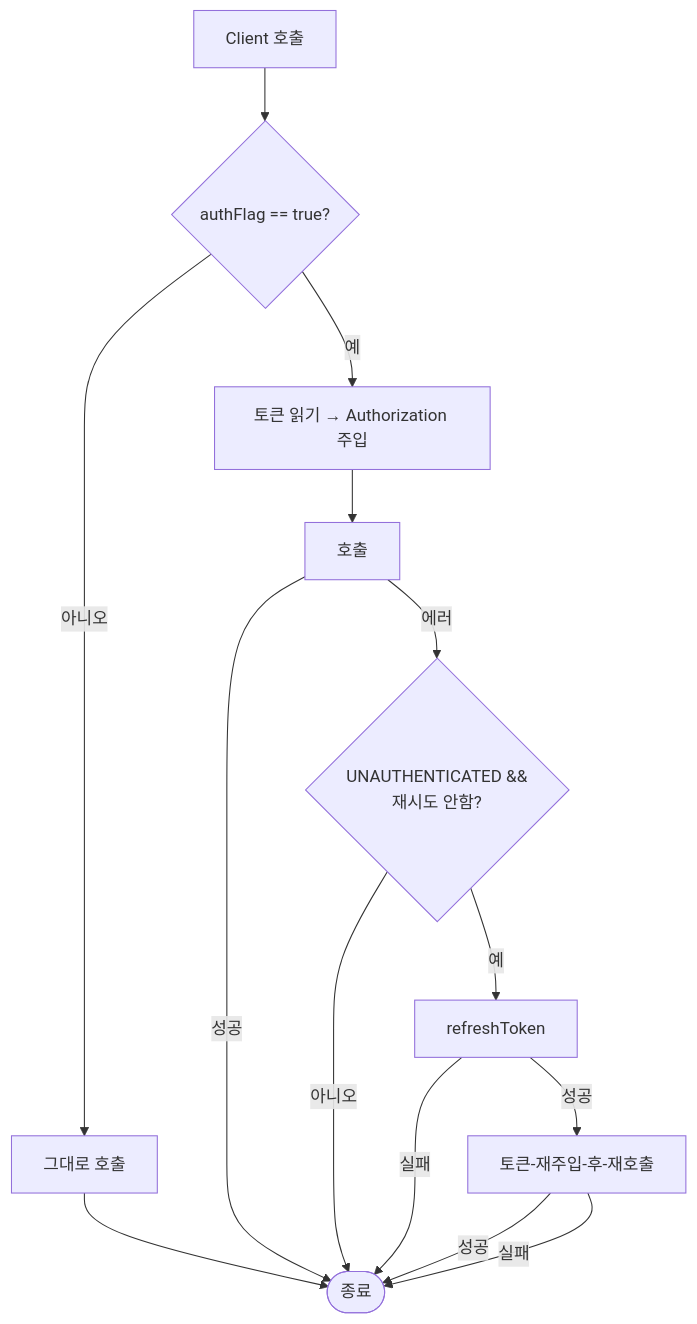
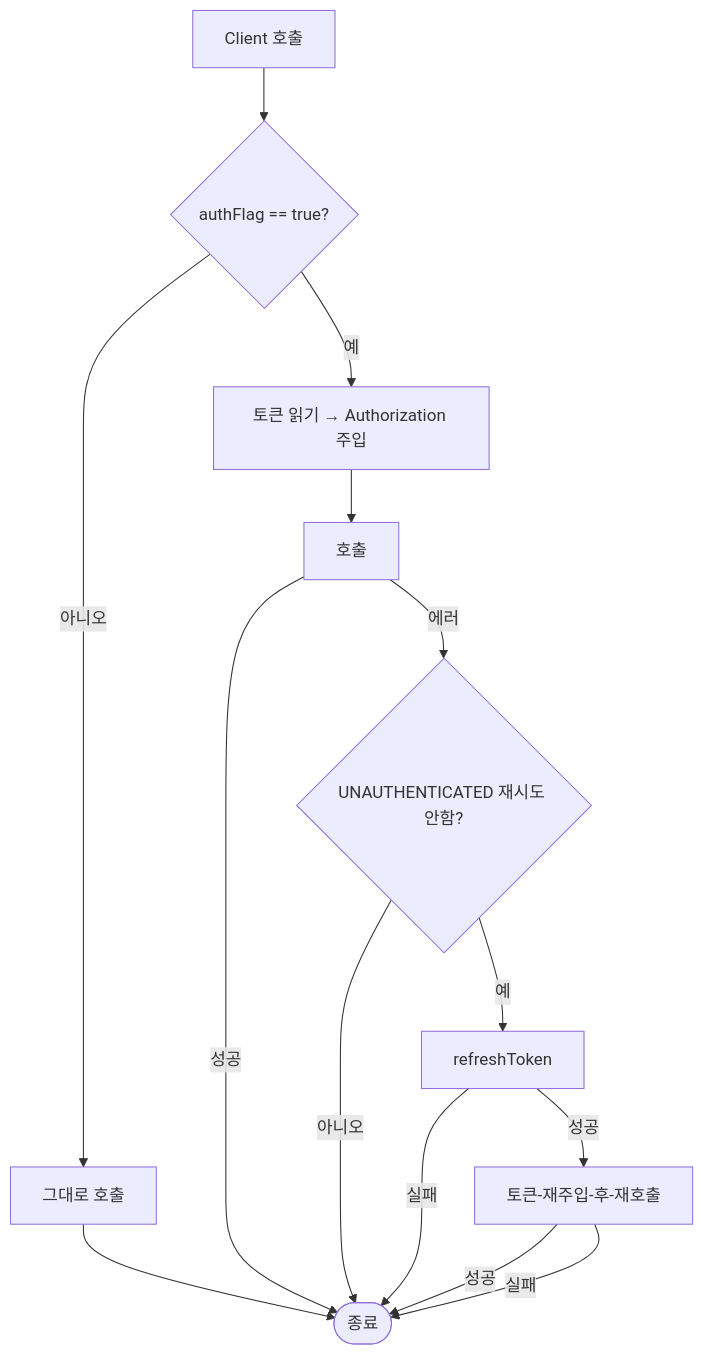
The first of 2 diagrams in README.md (KoreanTuna/gRPC-demo), drawn with Mermaid before and after one commit.

````diff
--- a/README.md
+++ b/README.md
@@ -32,21 +32,21 @@
 ```mermaid
 flowchart TD
     A[Client 호출]
     B{authFlag == true?}
     Z([종료])
 
     A --> B
     B -->|아니오| C[그대로 호출]
     C --> Z
 
     B -->|예| D[토큰 읽기 → Authorization 주입 ]
     D --> E[호출]
     E -->|성공| Z
-    E -->|에러| G{UNAUTHENTICATED &&\n재시도 안함?}
+    E -->|에러| G{UNAUTHENTICATED 재시도 안함?}
     G -->|아니오| Z
     G -->|예| H[refreshToken]
     H -->|실패| Z
     H -->|성공| J[토큰-재주입-후-재호출]
     J -->|성공| Z
     J -->|실패| Z
 ```
````
